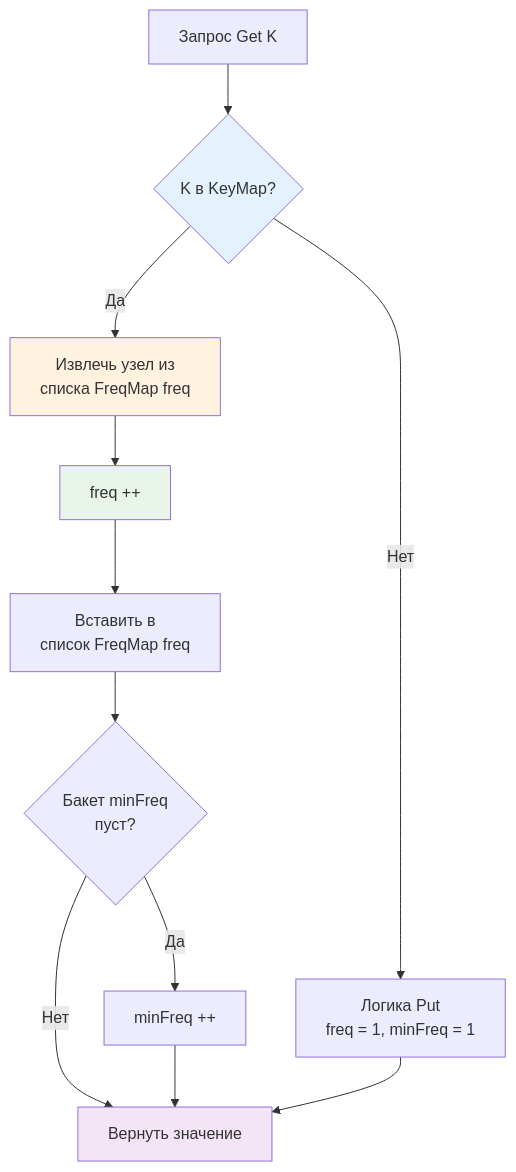
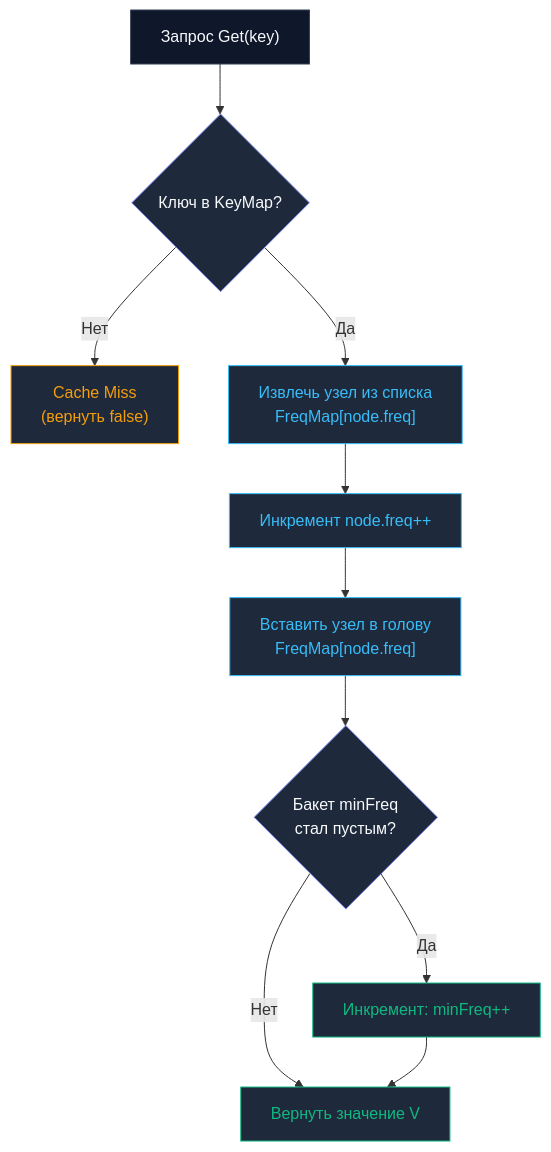
One commit to UnrealTemplier/go-textbook changed the diagram in sources/20. Алгоритмы и структуры данных (DSA) на Go/07. Продвинутые структуры данных/8. LFU кэш.md. Above: the diagram before and after it, drawn with Mermaid. The commit also changed other lines of this file, not shown here.

Commit message:
feat(module-20): editorial rewrite of 07.8 LFU cache in Kernighan style

````diff
--- a/sources/20. Алгоритмы и структуры данных (DSA) на Go/07. Продвинутые структуры данных/8. LFU кэш.md
+++ b/sources/20. Алгоритмы и структуры данных (DSA) на Go/07. Продвинутые структуры данных/8. LFU кэш.md
@@ -32,18 +42,23 @@
 ```mermaid
 flowchart TD
-    Req["Запрос Get K"] --> Find{"K в KeyMap?"}
-    Find -->|Нет| Put["Логика Put<br>freq = 1, minFreq = 1"]
-    Find -->|Да| Extract["Извлечь узел из<br>списка FreqMap freq"]
-    Extract --> Inc["freq ++"]
-    Inc --> Insert["Вставить в<br>список FreqMap freq"]
-    Insert --> Check{"Бакет minFreq<br>пуст?"}
-    Check -->|Да| Up["minFreq ++"]
-    Check -->|Нет| Ret["Вернуть значение"]
+    Req["Запрос Get(key)"] --> Find{"Ключ в KeyMap?"}
+    Find -->|"Нет"| Miss["Cache Miss<br/>(вернуть false)"]
+    Find -->|"Да"| Extract["Извлечь узел из списка<br/>FreqMap[node.freq]"]
+    Extract --> Inc["Инкремент node.freq++"]
+    Inc --> Insert["Вставить узел в голову<br/>FreqMap[node.freq]"]
+    Insert --> Check{"Бакет minFreq<br/>стал пустым?"}
+    Check -->|"Да"| Up["Инкремент: minFreq++"]
+    Check -->|"Нет"| Ret["Вернуть значение V"]
     Up --> Ret
-    Put --> Ret
 
-    style Find fill:#e3f2fd
-    style Extract fill:#fff3e0
-    style Inc fill:#e8f5e8
-    style Ret fill:#f3e5f5
+    classDef default fill:#0f172a,stroke:#334155,color:#f8fafc
+    classDef decision fill:#1e293b,stroke:#818cf8,color:#f8fafc
+    classDef accent fill:#1e293b,stroke:#38bdf8,color:#38bdf8
+    classDef success fill:#1e293b,stroke:#10b981,color:#10b981
+    classDef warning fill:#1e293b,stroke:#f59e0b,color:#f59e0b
+
+    class Find,Check decision
+    class Extract,Inc,Insert accent
+    class Up,Ret success
+    class Miss warning
 ```
````
